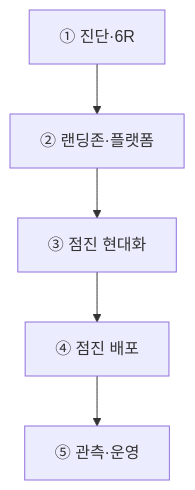
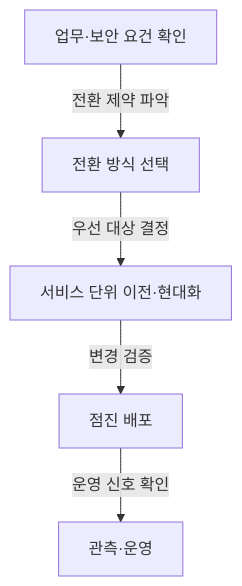
Before and after one commit to agnusdei1207/study: the first of 2 diagrams in src/content/docs/notes/itpe/01-it-strategy/021_public_cloud_native_transition.md, drawn with Mermaid. The commit also changed other lines of this file, not shown here.

````diff
--- a/src/content/docs/notes/itpe/01-it-strategy/021_public_cloud_native_transition.md
+++ b/src/content/docs/notes/itpe/01-it-strategy/021_public_cloud_native_transition.md
@@ -58,4 +55,7 @@
 ```mermaid
 flowchart TD
-    S1["① 진단·6R"] --> S2["② 랜딩존·플랫폼"] --> S3["③ 점진 현대화"] --> S4["④ 점진 배포"] --> S5["⑤ 관측·운영"]
+    S1["업무·보안 요건 확인"] -->|"전환 제약 파악"| S2["전환 방식 선택"]
+    S2 -->|"우선 대상 결정"| S3["서비스 단위 이전·현대화"]
+    S3 -->|"변경 검증"| S4["점진 배포"]
+    S4 -->|"운영 신호 확인"| S5["관측·운영"]
 ```
````
